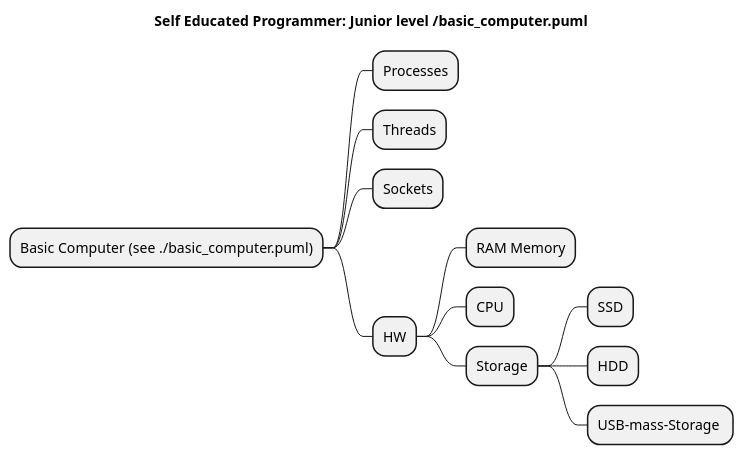
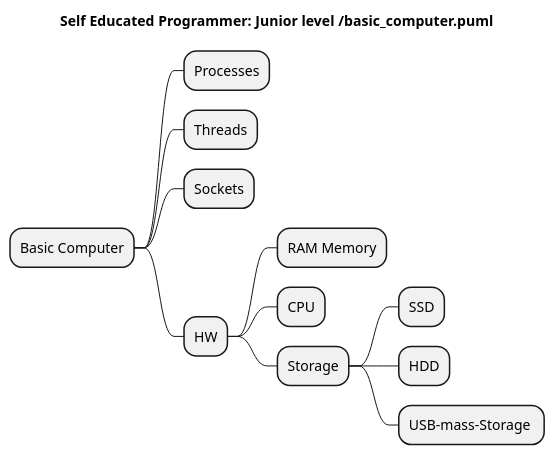
One commit to SmartSoftDev/self_educated_software_programmer_path changed the diagram in basic_computer.puml. Above: the diagram before and after it, drawn with PlantUML. The commit also changed 23 other files, not shown here.

```diff
--- a/basic_computer.puml
+++ b/basic_computer.puml
@@ -1,16 +1,16 @@
 @startmindmap
 title Self Educated Programmer: Junior level /basic_computer.puml
 
-* Basic Computer (see ./basic_computer.puml)
+* Basic Computer
 ** Processes
 ** Threads
 ** Sockets
 ** HW
 *** RAM Memory
 *** CPU
 *** Storage
 **** SSD
 **** HDD
 **** USB-mass-Storage 
 
 @endmindmap
```
